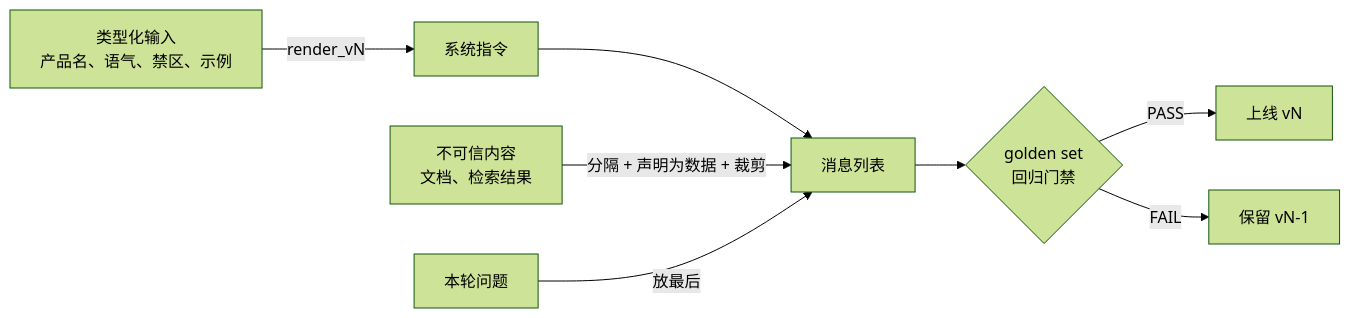
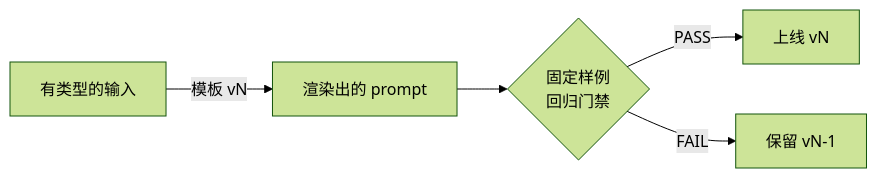
The second of 2 diagrams in lessons/prompt-engineering/README.md (lance2016/ai-app-engineering), drawn with Mermaid (forest theme) before and after one commit. The commit also changed other lines of this file and 4 other files, not shown here.

````diff
--- a/lessons/prompt-engineering/README.md
+++ b/lessons/prompt-engineering/README.md
@@ -27,10 +60,7 @@
 ```mermaid
 flowchart LR
-    I[类型化输入<br/>产品名、语气、禁区、示例] -->|render_vN| S[系统指令]
-    S --> M[消息列表]
-    D[不可信内容<br/>文档、检索结果] -->|分隔 + 声明为数据 + 裁剪| M
-    Q[本轮问题] -->|放最后| M
-    M --> G{golden set<br/>回归门禁}
+    In[有类型的输入] -->|模板 vN| S[渲染出的 prompt]
+    S --> G{固定样例<br/>回归门禁}
     G -->|PASS| Ship[上线 vN]
     G -->|FAIL| Keep[保留 vN-1]
 ```
````
